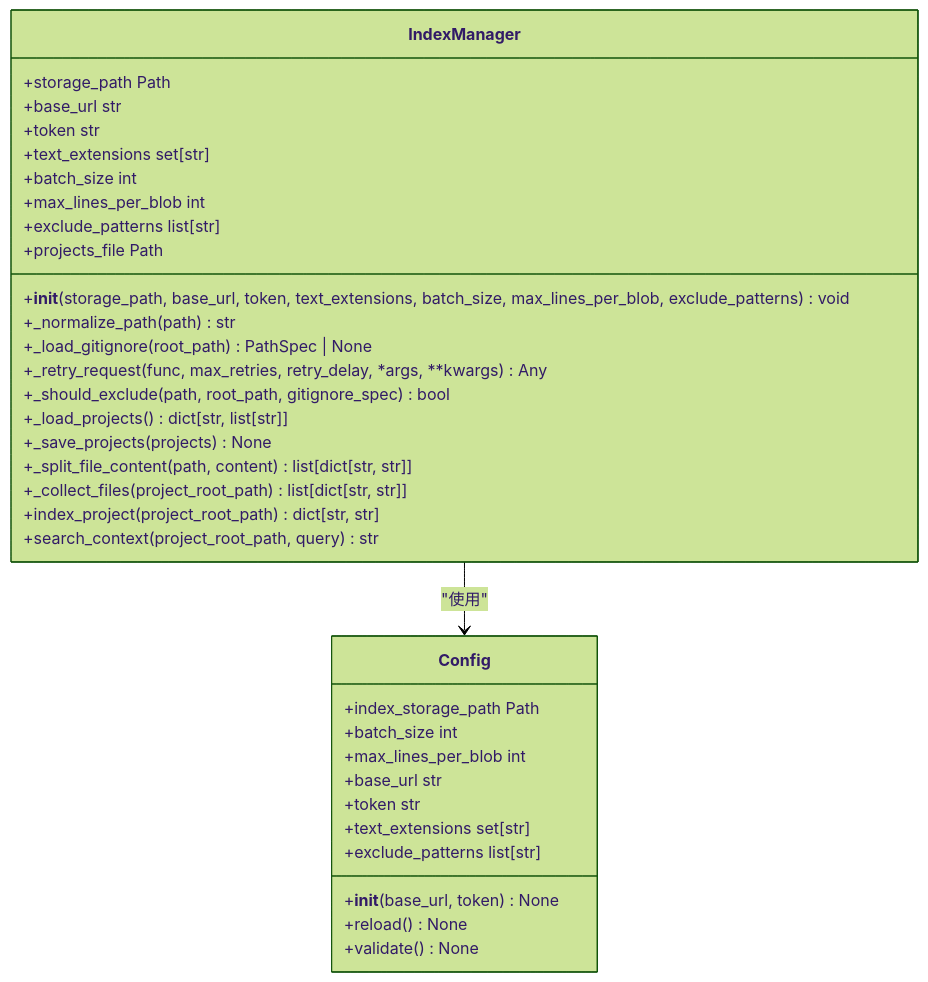
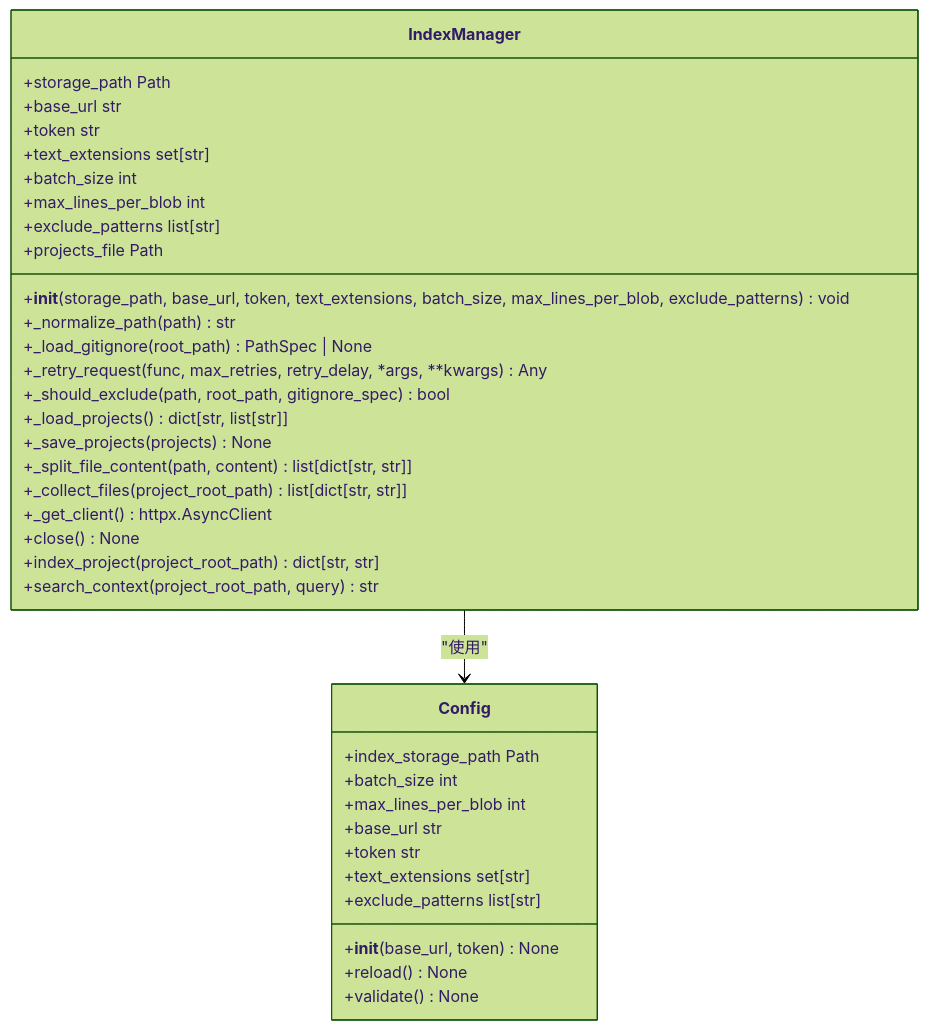
One commit to gittool/acemcp changed the first of 7 diagrams in .qoder/repowiki/zh/content/索引与搜索功能/索引管理机制.md. Above: the diagram before and after it, drawn with Mermaid (forest theme). The commit also changed other lines of this file and 3 other files, not shown here.

````diff
--- a/.qoder/repowiki/zh/content/索引与搜索功能/索引管理机制.md
+++ b/.qoder/repowiki/zh/content/索引与搜索功能/索引管理机制.md
@@ -29,37 +39,39 @@
 ```mermaid
 classDiagram
 class IndexManager {
 +storage_path Path
 +base_url str
 +token str
 +text_extensions set[str]
 +batch_size int
 +max_lines_per_blob int
 +exclude_patterns list[str]
 +projects_file Path
 +__init__(storage_path, base_url, token, text_extensions, batch_size, max_lines_per_blob, exclude_patterns) void
 +_normalize_path(path) str
 +_load_gitignore(root_path) PathSpec | None
 +_retry_request(func, max_retries, retry_delay, *args, **kwargs) Any
 +_should_exclude(path, root_path, gitignore_spec) bool
 +_load_projects() dict[str, list[str]]
 +_save_projects(projects) None
 +_split_file_content(path, content) list[dict[str, str]]
 +_collect_files(project_root_path) list[dict[str, str]]
++_get_client() httpx.AsyncClient
++close() None
 +index_project(project_root_path) dict[str, str]
 +search_context(project_root_path, query) str
 }
 class Config {
 +index_storage_path Path
 +batch_size int
 +max_lines_per_blob int
 +base_url str
 +token str
 +text_extensions set[str]
 +exclude_patterns list[str]
 +__init__(base_url, token) None
 +reload() None
 +validate() None
 }
 IndexManager --> Config : "使用"
 ```
````
